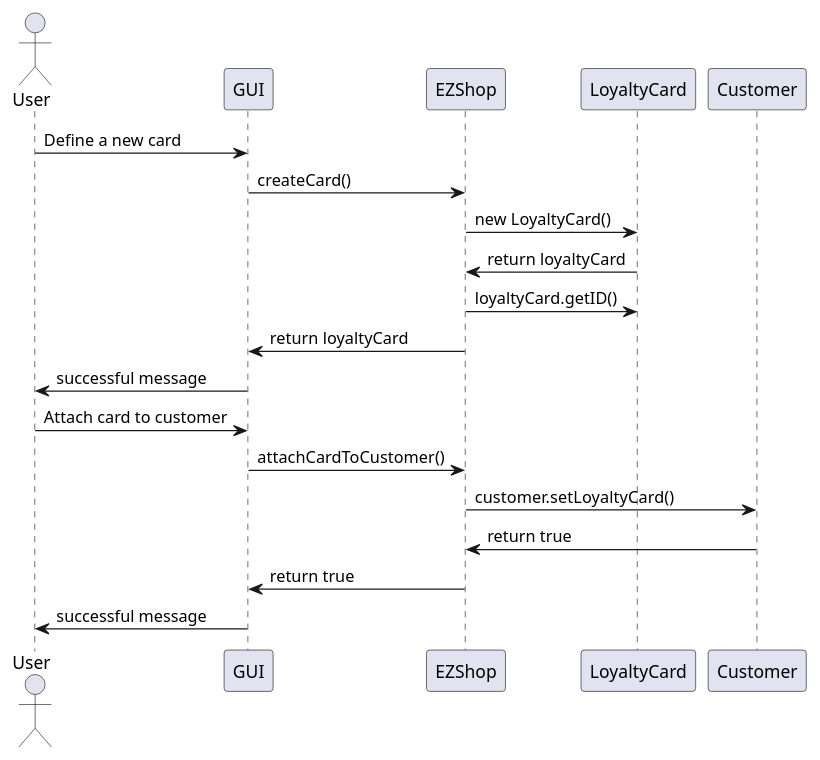
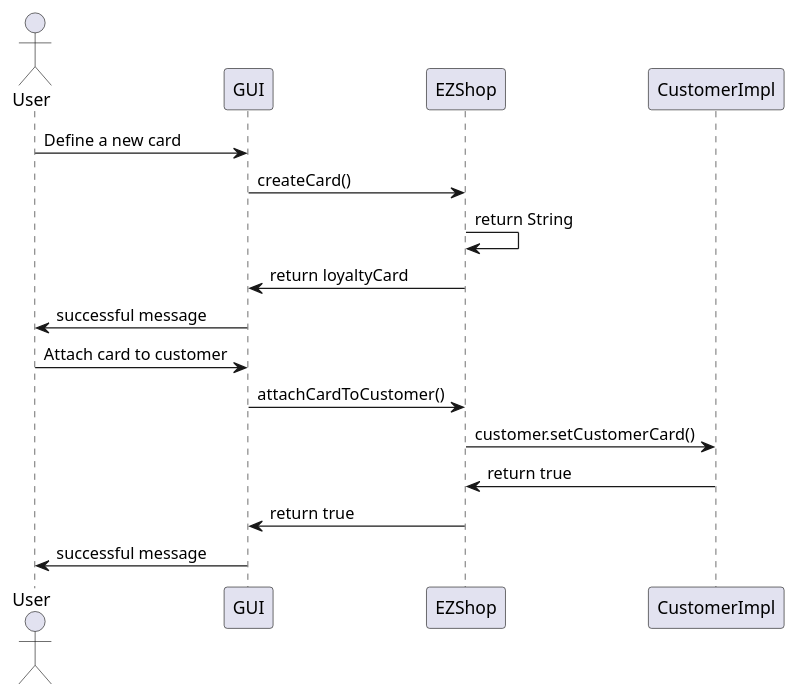
Before and after one commit to ThePiromaximus/ezshop: diagram 11 of 19 in Deliverables/DesignDocument.md, drawn with PlantUML. The commit also changed other lines of this file, not shown here.

Commit message:
Updated sequence diagram FR4, FR7

````diff
--- a/Deliverables/DesignDocument.md
+++ b/Deliverables/DesignDocument.md
@@ -401,19 +401,16 @@
 ```plantuml
 @startuml
 Actor User as U
-
 U -> GUI: Define a new card
 GUI -> EZShop: createCard()
-EZShop -> LoyaltyCard: new LoyaltyCard()
-EZShop <- LoyaltyCard: return loyaltyCard
-EZShop -> LoyaltyCard: loyaltyCard.getID()
+EZShop -> EZShop: return String
 GUI <- EZShop: return loyaltyCard
 U <- GUI: successful message
 U -> GUI: Attach card to customer
 GUI -> EZShop: attachCardToCustomer()
-EZShop -> Customer: customer.setLoyaltyCard()
-EZShop <- Customer: return true
+EZShop -> CustomerImpl: customer.setCustomerCard()
+EZShop <- CustomerImpl: return true
 GUI <- EZShop: return true
 U <- GUI: successful message
 @enduml
 ```
````
